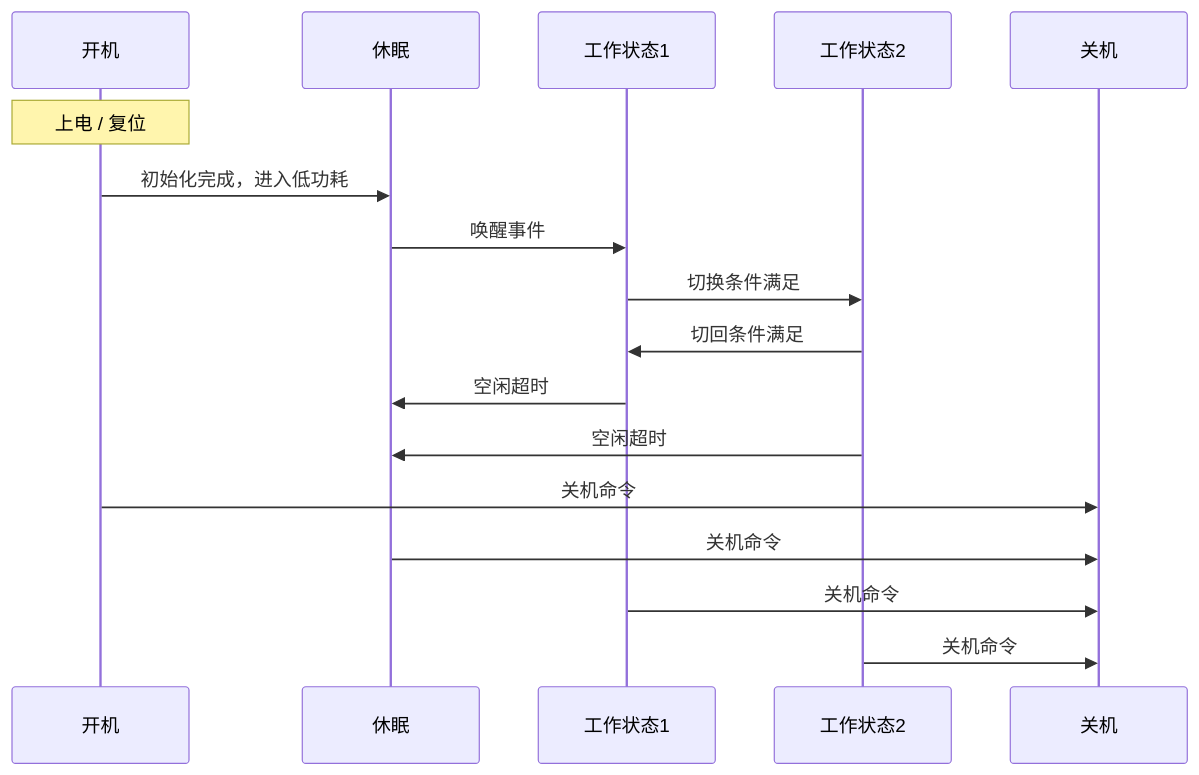
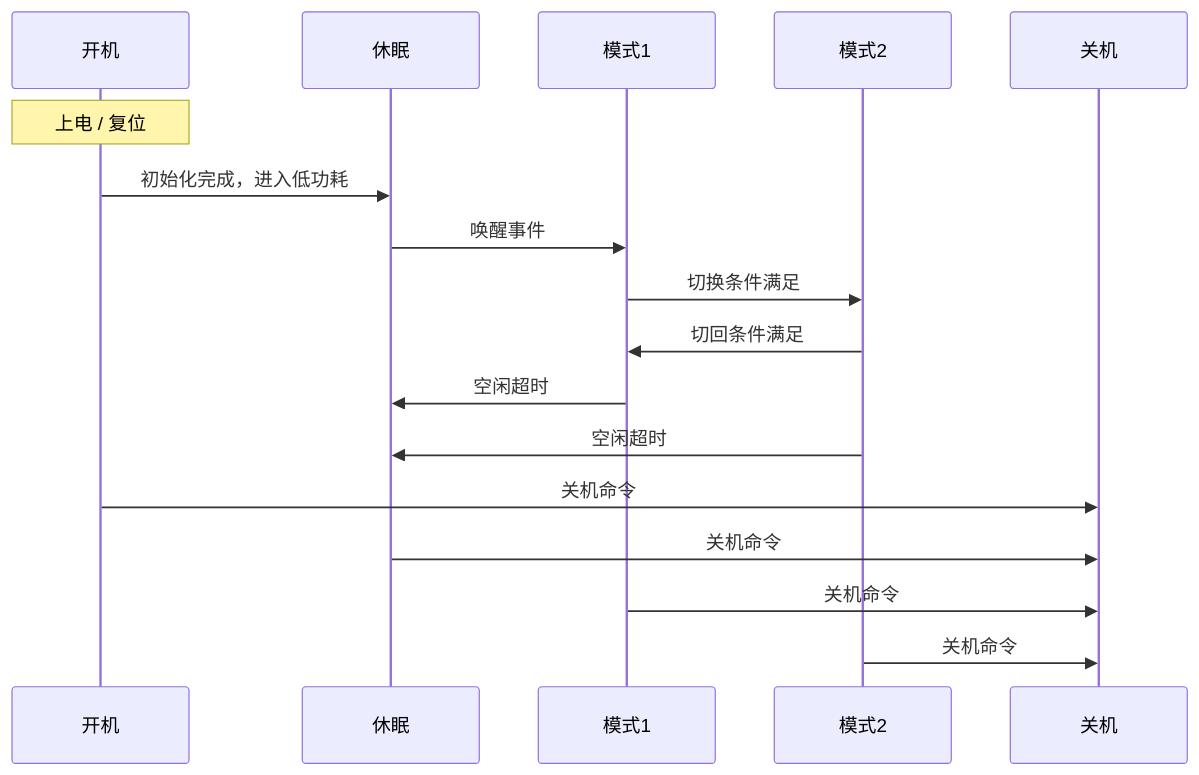
One commit to lijim0507/skills changed the diagram in spec-chain-development/templates/02-architecture.md. Above: the diagram before and after it, drawn with Mermaid. The commit also changed other lines of this file and 6 other files, not shown here.

````diff
--- a/spec-chain-development/templates/02-architecture.md
+++ b/spec-chain-development/templates/02-architecture.md
@@ -242,20 +242,20 @@
 ```mermaid
 sequenceDiagram
     participant A as 开机
     participant B as 休眠
-    participant C as 工作状态1
-    participant D as 工作状态2
+    participant C as 模式1
+    participant D as 模式2
     participant E as 关机
 
     Note over A: 上电 / 复位
     A->>B: 初始化完成，进入低功耗
     B->>C: 唤醒事件
     C->>D: 切换条件满足
     D->>C: 切回条件满足
     C->>B: 空闲超时
     D->>B: 空闲超时
     A->>E: 关机命令
     B->>E: 关机命令
     C->>E: 关机命令
     D->>E: 关机命令
 ```
````
